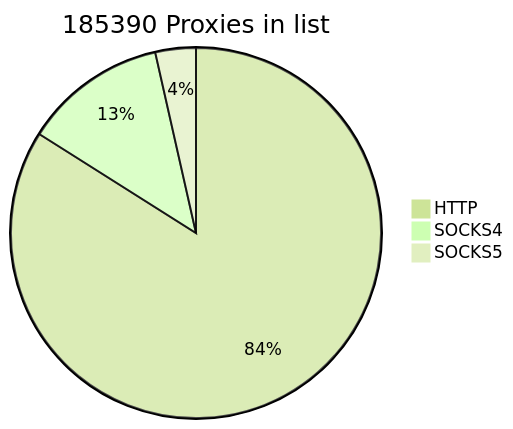
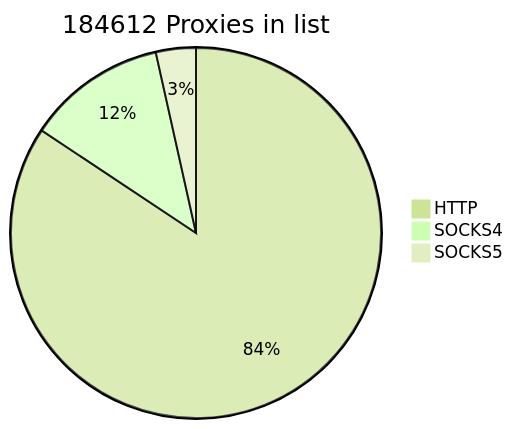
One commit to cutipu/proxylist changed the first of 2 diagrams in README.md. Above: the diagram before and after it, drawn with Mermaid (forest theme). The commit also changed other lines of this file, not shown here.

````diff
--- a/README.md
+++ b/README.md
@@ -2,7 +2,7 @@
 ```mermaid
-pie title 185390 Proxies in list
-    "HTTP" : 155658
-    "SOCKS4" : 23174
-    "SOCKS5" : 6558
+pie title 184612 Proxies in list
+    "HTTP" : 155690
+    "SOCKS4" : 22480
+    "SOCKS5" : 6442
             
 ```
````
